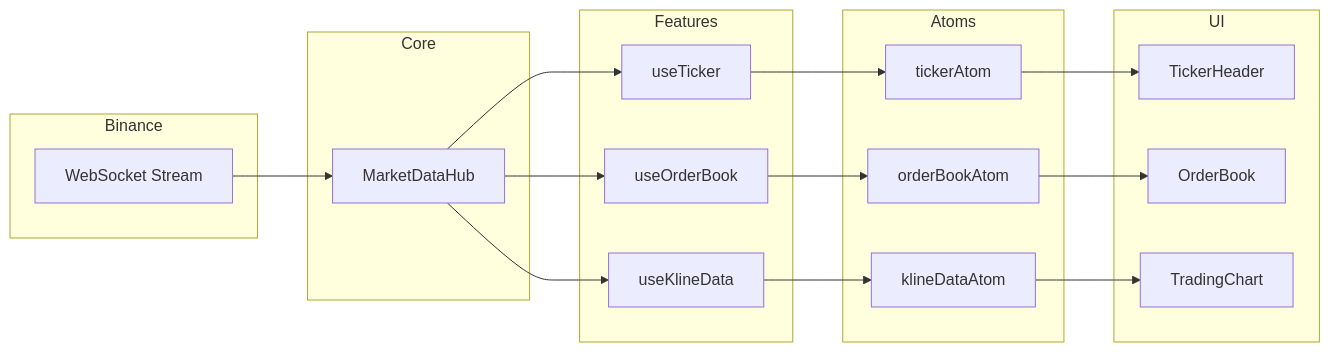
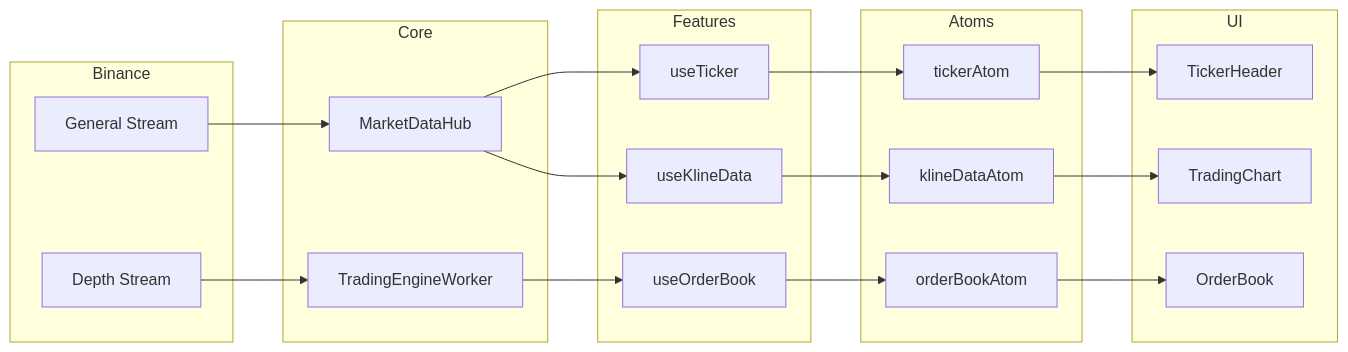
The fifth of 6 diagrams in docs/ARCHITECTURE.md (iceberg211/trading), drawn with Mermaid before and after one commit. The commit also changed other lines of this file and 6 other files, not shown here.

Commit message:
refactor: 移除图表工具栏中的画线工具功能并增加副图高度

````diff
--- a/docs/ARCHITECTURE.md
+++ b/docs/ARCHITECTURE.md
@@ -427,33 +456,38 @@
 ```mermaid
 flowchart LR
     subgraph Binance
-        WS[WebSocket Stream]
+        WS1[General Stream]
+        WS2[Depth Stream]
     end
 
     subgraph Core
         Hub[MarketDataHub]
+        Worker[TradingEngineWorker]
     end
 
     subgraph Features
         Ticker[useTicker]
+        Kline[useKlineData]
         OB[useOrderBook]
-        Kline[useKlineData]
     end
 
     subgraph Atoms
         TA[tickerAtom]
+        KA[klineDataAtom]
         OBA[orderBookAtom]
-        KA[klineDataAtom]
     end
 
     subgraph UI
         Header[TickerHeader]
+        Chart[TradingChart]
         OrderBook[OrderBook]
-        Chart[TradingChart]
     end
 
-    WS --> Hub
+    WS1 --> Hub
+    WS2 --> Worker
+
     Hub --> Ticker --> TA --> Header
-    Hub --> OB --> OBA --> OrderBook
     Hub --> Kline --> KA --> Chart
+
+    Worker --> OB --> OBA --> OrderBook
 ```
````
